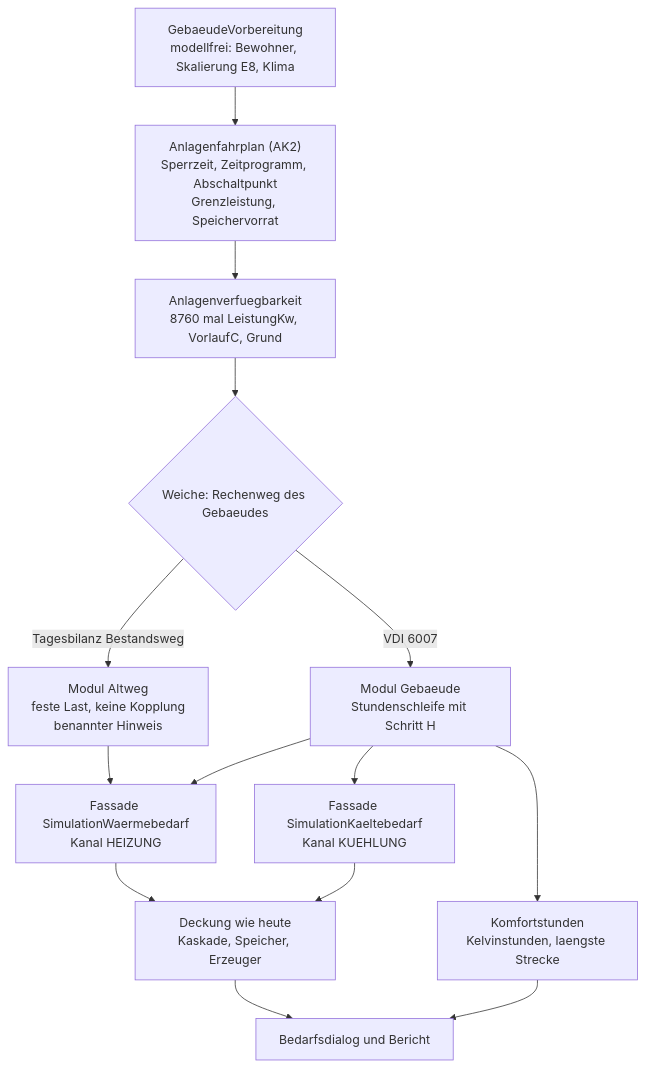
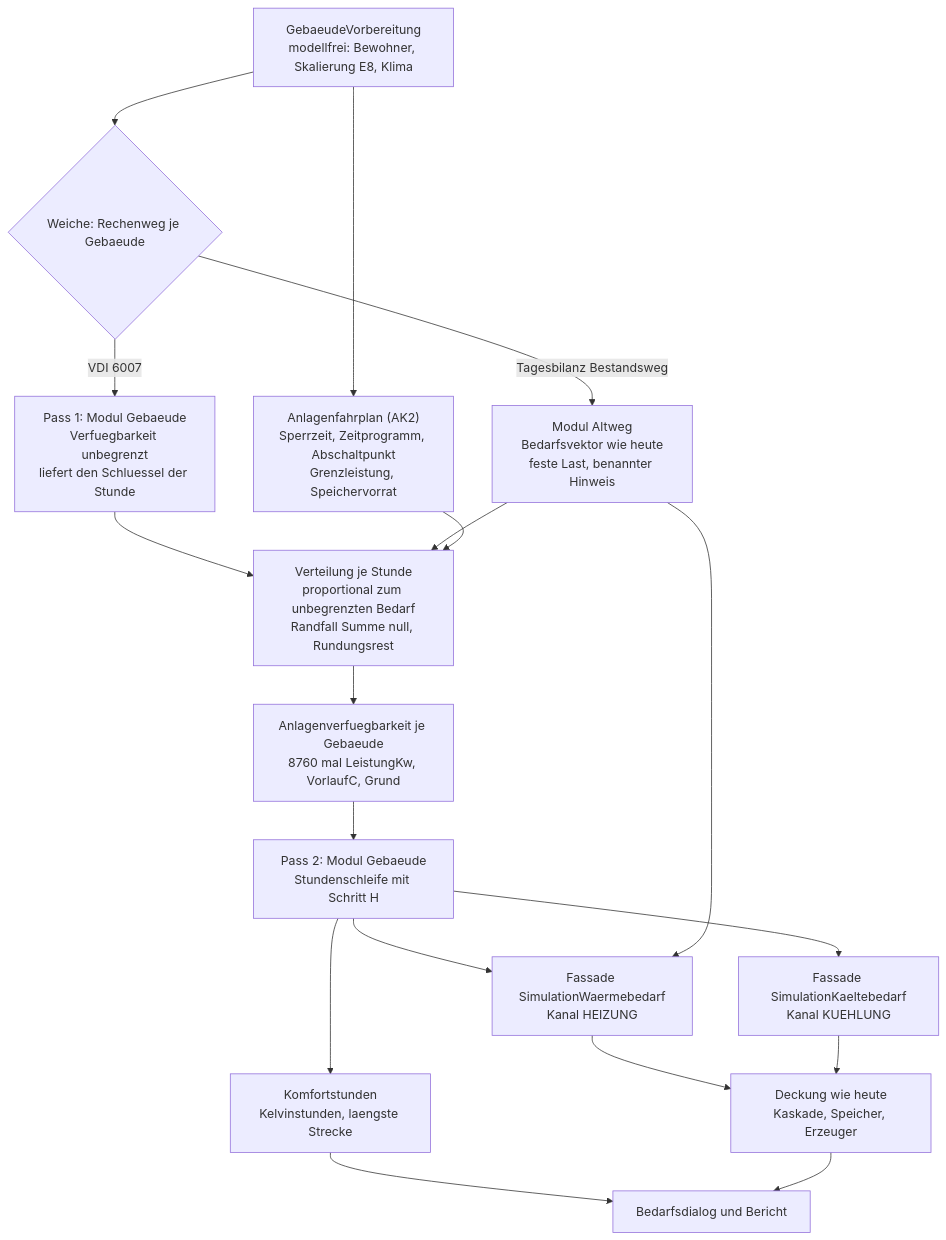
One commit to inekon/EPOS-Plan changed the second of 4 diagrams in Dokumentation/aktuell/Konzept_Anlagenkopplung_Gebaeudesimulation_EPOS-Plan.md. Above: the diagram before and after it, drawn with Mermaid. The commit also changed other lines of this file and 15 other files, not shown here.

````diff
--- a/Dokumentation/aktuell/Konzept_Anlagenkopplung_Gebaeudesimulation_EPOS-Plan.md
+++ b/Dokumentation/aktuell/Konzept_Anlagenkopplung_Gebaeudesimulation_EPOS-Plan.md
@@ -788,16 +855,20 @@
 ```mermaid
 flowchart TD
-    VOR["GebaeudeVorbereitung<br/>modellfrei: Bewohner, Skalierung E8, Klima"] --> FP["Anlagenfahrplan (AK2)<br/>Sperrzeit, Zeitprogramm, Abschaltpunkt<br/>Grenzleistung, Speichervorrat"]
-    FP --> NAHT["Anlagenverfuegbarkeit<br/>8760 mal LeistungKw, VorlaufC, Grund"]
-    NAHT --> WEI{"Weiche: Rechenweg des Gebaeudes"}
-    WEI -->|"Tagesbilanz Bestandsweg"| ALT["Modul Altweg<br/>feste Last, keine Kopplung<br/>benannter Hinweis"]
-    WEI -->|"VDI 6007"| GEB["Modul Gebaeude<br/>Stundenschleife mit Schritt H"]
-    GEB --> FW["Fassade SimulationWaermebedarf<br/>Kanal HEIZUNG"]
-    GEB --> FK["Fassade SimulationKaeltebedarf<br/>Kanal KUEHLUNG"]
+    VOR["GebaeudeVorbereitung<br/>modellfrei: Bewohner, Skalierung E8, Klima"] --> WEI{"Weiche: Rechenweg je Gebaeude"}
+    VOR --> FP["Anlagenfahrplan (AK2)<br/>Sperrzeit, Zeitprogramm, Abschaltpunkt<br/>Grenzleistung, Speichervorrat"]
+    WEI -->|"VDI 6007"| P1["Pass 1: Modul Gebaeude<br/>Verfuegbarkeit unbegrenzt<br/>liefert den Schluessel der Stunde"]
+    WEI -->|"Tagesbilanz Bestandsweg"| ALT["Modul Altweg<br/>Bedarfsvektor wie heute<br/>feste Last, benannter Hinweis"]
+    P1 --> VT["Verteilung je Stunde<br/>proportional zum unbegrenzten Bedarf<br/>Randfall Summe null, Rundungsrest"]
+    ALT --> VT
+    FP --> VT
+    VT --> NAHT["Anlagenverfuegbarkeit je Gebaeude<br/>8760 mal LeistungKw, VorlaufC, Grund"]
+    NAHT --> P2["Pass 2: Modul Gebaeude<br/>Stundenschleife mit Schritt H"]
+    P2 --> FW["Fassade SimulationWaermebedarf<br/>Kanal HEIZUNG"]
+    P2 --> FK["Fassade SimulationKaeltebedarf<br/>Kanal KUEHLUNG"]
     ALT --> FW
     FW --> DECK["Deckung wie heute<br/>Kaskade, Speicher, Erzeuger"]
     FK --> DECK
-    GEB --> KOMF["Komfortstunden<br/>Kelvinstunden, laengste Strecke"]
+    P2 --> KOMF["Komfortstunden<br/>Kelvinstunden, laengste Strecke"]
     KOMF --> BER["Bedarfsdialog und Bericht"]
     DECK --> BER
 ```
````
